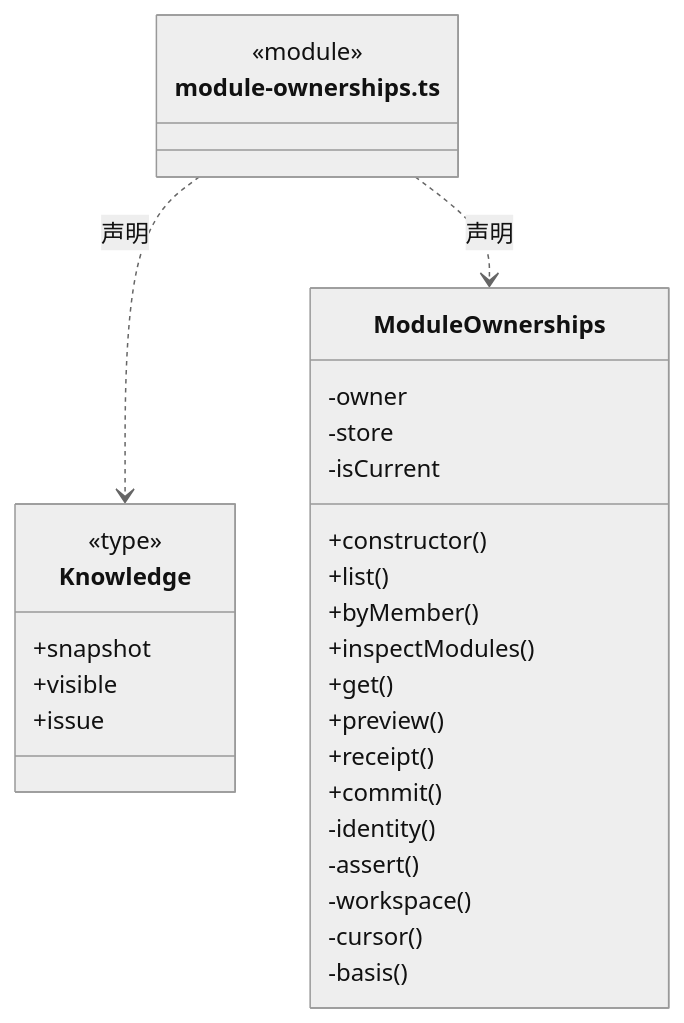
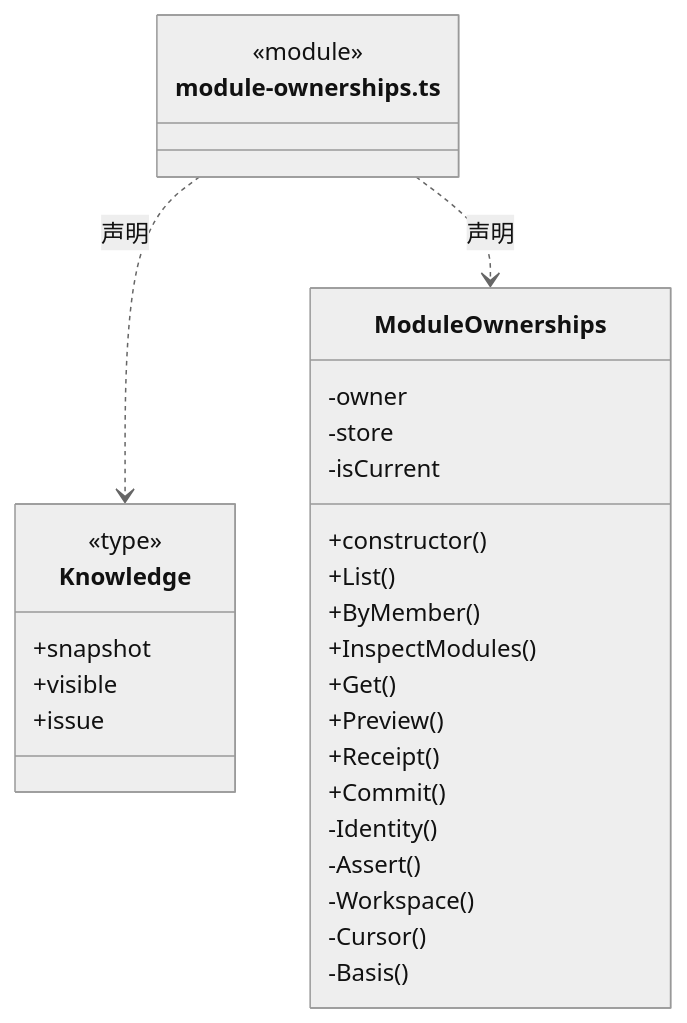
The fourth of 12 diagrams in src/logic/workspace/service/ARCHITECTURE.md (nan023062/cbim), drawn with Mermaid (neutral theme) before and after one commit. The commit also changed other lines of this file and 1035 other files, not shown here.

````diff
--- a/src/logic/workspace/service/ARCHITECTURE.md
+++ b/src/logic/workspace/service/ARCHITECTURE.md
@@ -86,32 +86,32 @@
 ```mermaid
 classDiagram
 class N_src_logic_workspace_service_module_ownerships_ts["module-ownerships.ts"] {
   <<module>>
 }
 class N_src_logic_workspace_service_module_ownerships_ts_Knowledge["Knowledge"] {
   <<type>>
   +snapshot
   +visible
   +issue
 }
 N_src_logic_workspace_service_module_ownerships_ts ..> N_src_logic_workspace_service_module_ownerships_ts_Knowledge : 声明
 class N_src_logic_workspace_service_module_ownerships_ts_ModuleOwnerships["ModuleOwnerships"] {
   +constructor()
-  +list()
-  +byMember()
-  +inspectModules()
-  +get()
-  +preview()
-  +receipt()
-  +commit()
+  +List()
+  +ByMember()
+  +InspectModules()
+  +Get()
+  +Preview()
+  +Receipt()
+  +Commit()
   -owner
   -store
   -isCurrent
-  -identity()
-  -assert()
-  -workspace()
-  -cursor()
-  -basis()
+  -Identity()
+  -Assert()
+  -Workspace()
+  -Cursor()
+  -Basis()
 }
 N_src_logic_workspace_service_module_ownerships_ts ..> N_src_logic_workspace_service_module_ownerships_ts_ModuleOwnerships : 声明
 ```
````
